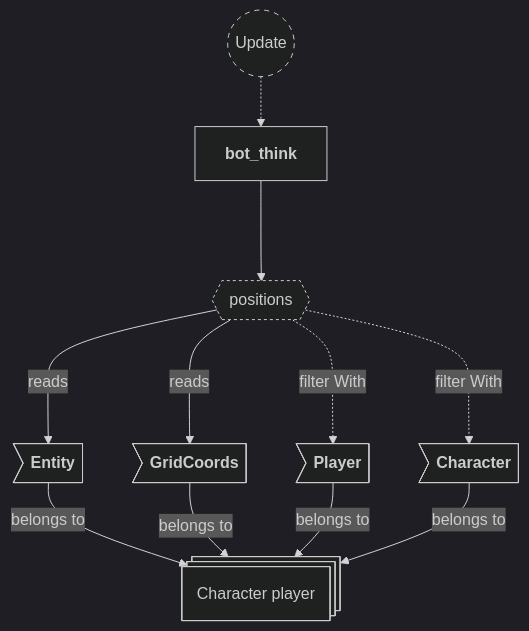
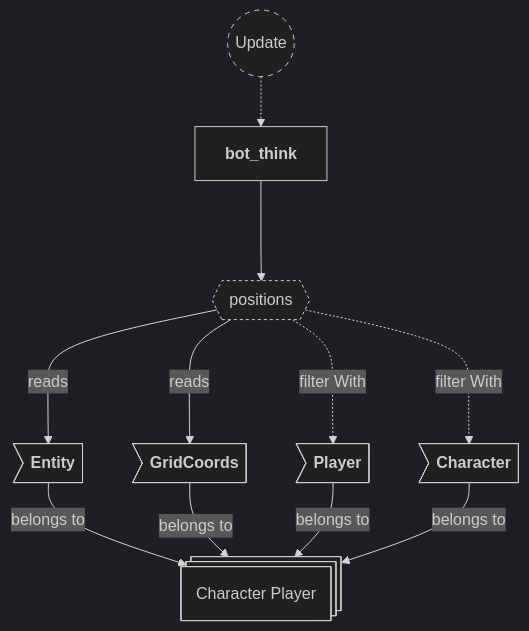
One commit to neurosoup/tyled changed the sixth of 10 diagrams in backlog/docs/doc-20 - 018-Bot-plugin.md. Above: the diagram before and after it, drawn with Mermaid. The commit also changed other lines of this file, not shown here.

````diff
--- a/backlog/docs/doc-20 - 018-Bot-plugin.md
+++ b/backlog/docs/doc-20 - 018-Bot-plugin.md
@@ -206,30 +255,30 @@
 ```mermaid
 ---
 config:
   theme: dark
 ---
 
 flowchart TD
 classDef system-group stroke-dasharray: 5 5
 classDef query stroke-dasharray: 3 3
 
 update(("`Update`")):::system-group
 bot_think["`**bot_think**`"]
 
 update -.-> bot_think
 
 positions_query{{"`positions`"}}:::query
 bot_think ---> positions_query
 
-player_entity@{ shape: st-rect, label: "Character player" }
+player_entity@{ shape: st-rect, label: "Character Player" }
 
 pe_entity>"`**Entity**`"] --> |belongs to| player_entity
 pe_grid_coords>"`**GridCoords**`"] --> |belongs to| player_entity
 pe_player>"`**Player**`"] --> |belongs to| player_entity
 pe_character>"`**Character**`"] --> |belongs to| player_entity
 
 positions_query ---> |reads| pe_entity
 positions_query ---> |reads| pe_grid_coords
 positions_query -..-> |filter With| pe_player
 positions_query -..-> |filter With| pe_character
 ```
````
